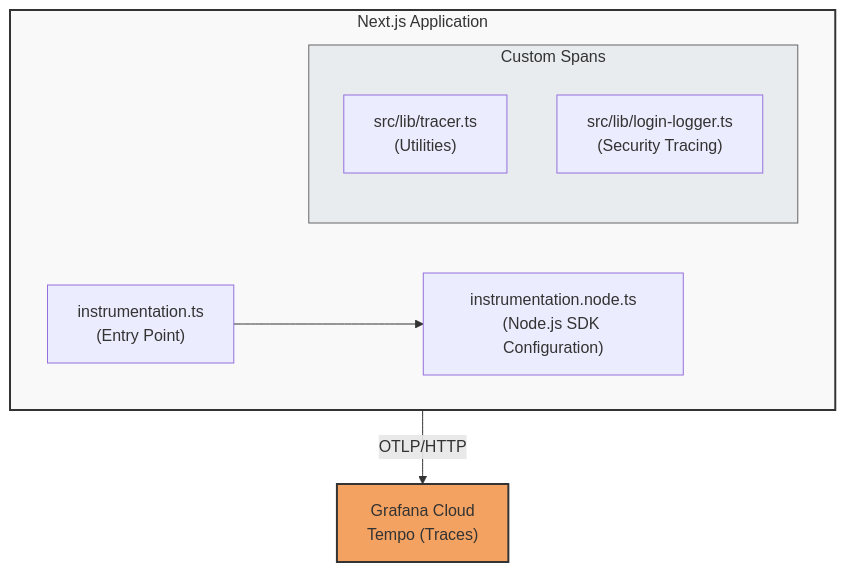
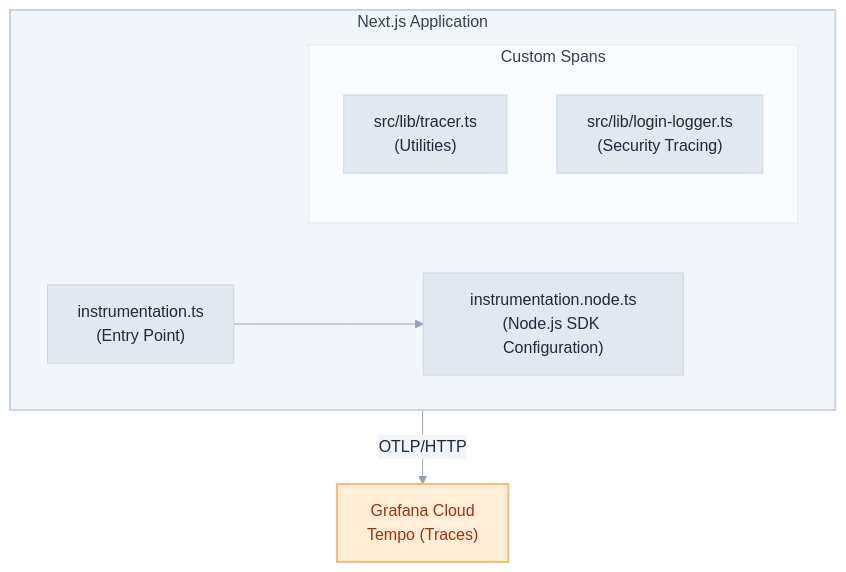
Before and after one commit to 3DHDSoft/devmultiplier-academy: the diagram in doc/OPENTELEMETRY_SETUP.md, drawn with Mermaid. The commit also changed 19 other files, not shown here.

````diff
--- a/doc/OPENTELEMETRY_SETUP.md
+++ b/doc/OPENTELEMETRY_SETUP.md
@@ -14,19 +14,29 @@
 ```mermaid
-graph TB
+%%{init: {'theme': 'base', 'themeVariables': {
+  'primaryColor': '#e2e8f0',
+  'primaryTextColor': '#1e293b',
+  'primaryBorderColor': '#cbd5e1',
+  'lineColor': '#94a3b8',
+  'secondaryColor': '#f1f5f9',
+  'tertiaryColor': '#f8fafc',
+  'background': '#ffffff',
+  'textColor': '#334155',
+  'fontFamily': 'system-ui, -apple-system, sans-serif'
+}}}%%graph TB
     subgraph app["Next.js Application"]
         subgraph custom["Custom Spans"]
             tracer["src/lib/tracer.ts<br/>(Utilities)"]
             logger["src/lib/login-logger.ts<br/>(Security Tracing)"]
         end
 
         entry["instrumentation.ts<br/>(Entry Point)"]
         sdk["instrumentation.node.ts<br/>(Node.js SDK Configuration)"]
         entry --> sdk
     end
 
     app -->|OTLP/HTTP| grafana["Grafana Cloud<br/>Tempo (Traces)"]
 
-    style app fill:#f9f9f9,stroke:#333,stroke-width:2px
-    style grafana fill:#f4a261,stroke:#333,stroke-width:2px
-    style custom fill:#e9ecef,stroke:#666,stroke-width:1px
+    style app fill:#f1f5f9,stroke:#cbd5e1,stroke-width:2px,color:#334155
+    style grafana fill:#ffedd5,stroke:#fdba74,stroke-width:2px,color:#9a3412
+    style custom fill:#f8fafc,stroke:#e2e8f0,stroke-width:1px,color:#334155
 ```
````
